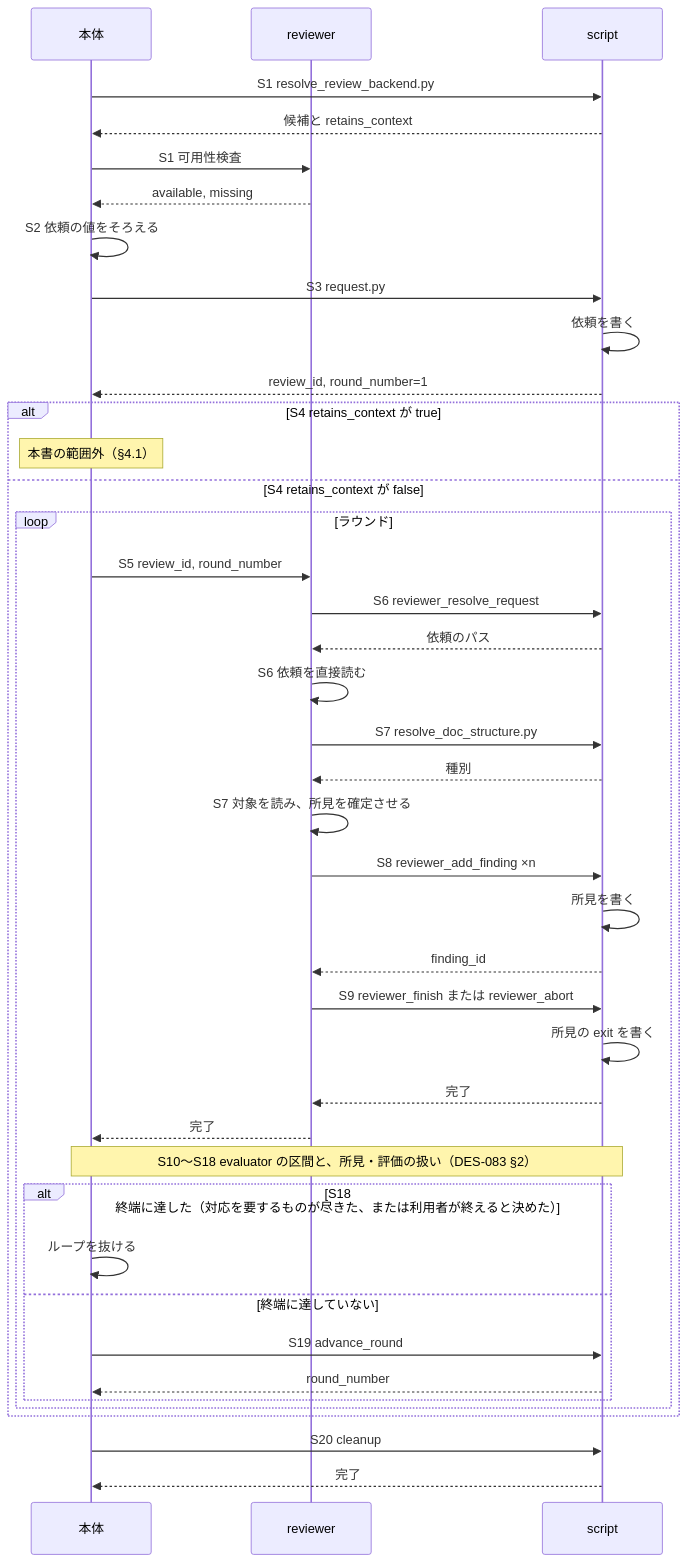
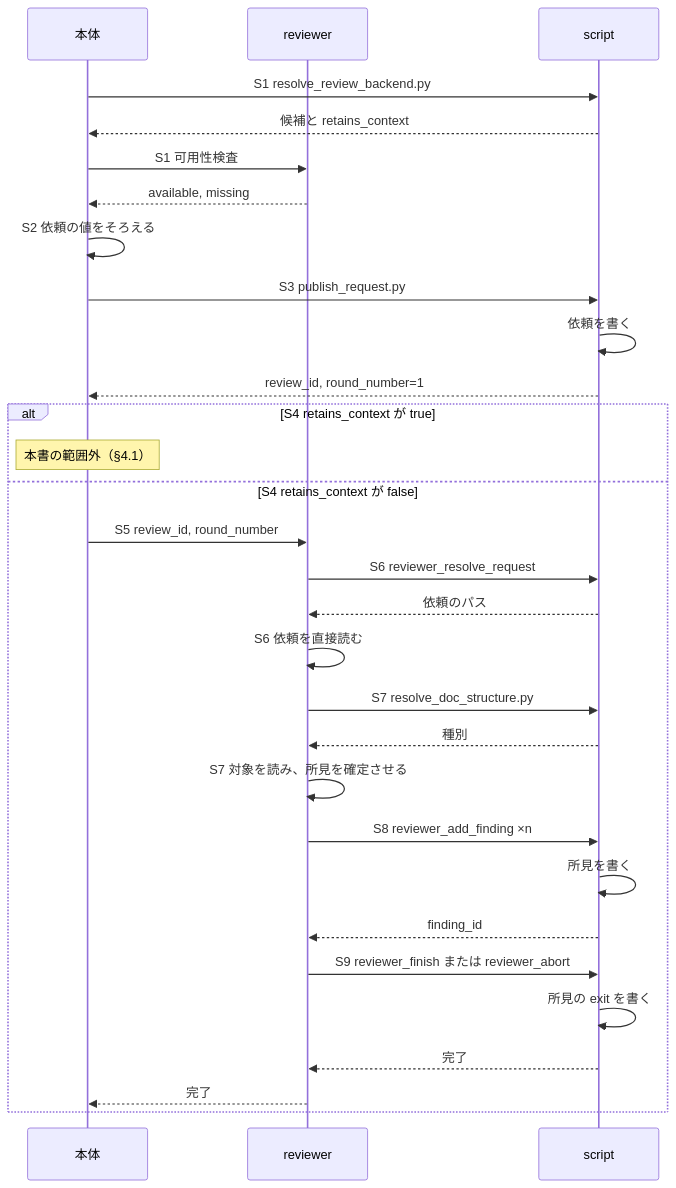
The first of 3 diagrams in docs/specs/review/design/DES-084_reviewer_design.md (BlueEventHorizon/bw-cc-plugins), drawn with Mermaid before and after one commit. The commit also changed other lines of this file and 2 other files, not shown here.

````diff
--- a/docs/specs/review/design/DES-084_reviewer_design.md
+++ b/docs/specs/review/design/DES-084_reviewer_design.md
@@ -36,44 +36,33 @@
 ```mermaid
 sequenceDiagram
     participant Body as 本体
     participant R as reviewer
     participant Sc as script
 
     Body->>Sc: S1 resolve_review_backend.py
     Sc-->>Body: 候補と retains_context
     Body->>R: S1 可用性検査
     R-->>Body: available, missing
     Body->>Body: S2 依頼の値をそろえる
-    Body->>Sc: S3 request.py
+    Body->>Sc: S3 publish_request.py
     Sc->>Sc: 依頼を書く
     Sc-->>Body: review_id, round_number=1
     alt S4 retains_context が true
         Note over Body: 本書の範囲外（§4.1）
     else S4 retains_context が false
-        loop ラウンド
-            Body->>R: S5 review_id, round_number
-            R->>Sc: S6 reviewer_resolve_request
-            Sc-->>R: 依頼のパス
-            R->>R: S6 依頼を直接読む
-            R->>Sc: S7 resolve_doc_structure.py
-            Sc-->>R: 種別
-            R->>R: S7 対象を読み、所見を確定させる
-            R->>Sc: S8 reviewer_add_finding ×n
-            Sc->>Sc: 所見を書く
-            Sc-->>R: finding_id
-            R->>Sc: S9 reviewer_finish または reviewer_abort
-            Sc->>Sc: 所見の exit を書く
-            Sc-->>R: 完了
-            R-->>Body: 完了
-            Note over Body,Sc: S10〜S18 evaluator の区間と、所見・評価の扱い（DES-083 §2）
-            alt S18 終端に達した（対応を要するものが尽きた、または利用者が終えると決めた）
-                Body->>Body: ループを抜ける
-            else 終端に達していない
-                Body->>Sc: S19 advance_round
-                Sc-->>Body: round_number
-            end
-        end
+        Body->>R: S5 review_id, round_number
+        R->>Sc: S6 reviewer_resolve_request
+        Sc-->>R: 依頼のパス
+        R->>R: S6 依頼を直接読む
+        R->>Sc: S7 resolve_doc_structure.py
+        Sc-->>R: 種別
+        R->>R: S7 対象を読み、所見を確定させる
+        R->>Sc: S8 reviewer_add_finding ×n
+        Sc->>Sc: 所見を書く
+        Sc-->>R: finding_id
+        R->>Sc: S9 reviewer_finish または reviewer_abort
+        Sc->>Sc: 所見の exit を書く
+        Sc-->>R: 完了
+        R-->>Body: 完了
     end
-    Body->>Sc: S20 cleanup
-    Sc-->>Body: 完了
 ```
````
